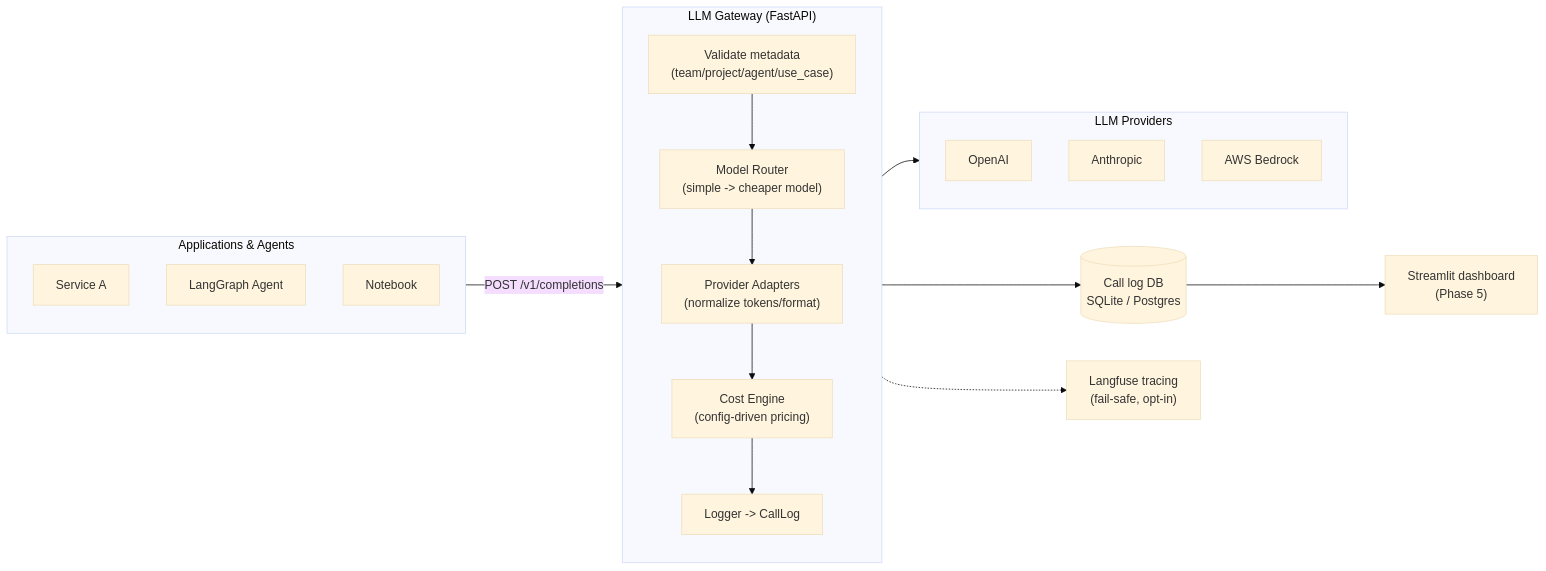
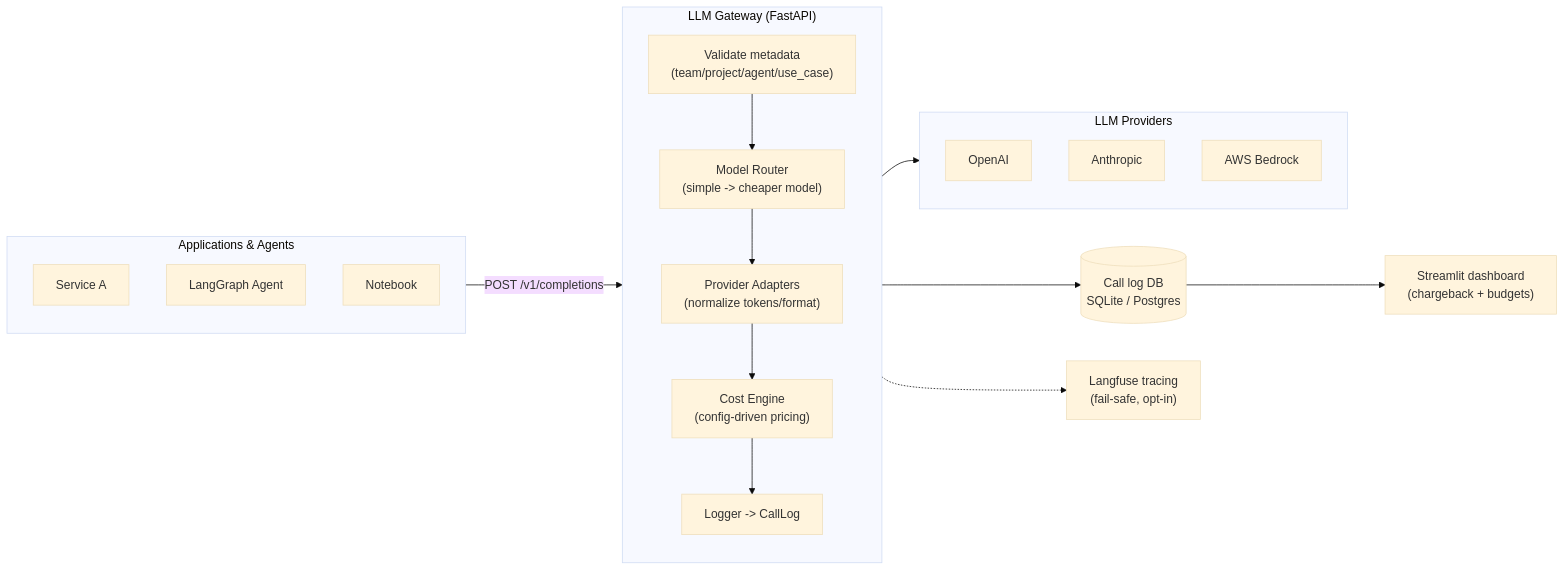
Before and after one commit to ravimishraggn/LLM-Cost-Governance-Attribution-Platform: the diagram in readme.md, drawn with Mermaid (base theme). The commit also changed other lines of this file and 11 other files, not shown here.

First line of the commit message:
Phase 5: Streamlit chargeback & reporting dashboard

````diff
--- a/readme.md
+++ b/readme.md
@@ -28,34 +28,34 @@
 ```mermaid
 flowchart LR
     subgraph Apps["Applications & Agents"]
         A1[Service A]
         A2[LangGraph Agent]
         A3[Notebook]
     end
 
     subgraph GW["LLM Gateway (FastAPI)"]
         direction TB
         V["Validate metadata\n(team/project/agent/use_case)"]
         R["Model Router\n(simple -> cheaper model)"]
         AD["Provider Adapters\n(normalize tokens/format)"]
         C["Cost Engine\n(config-driven pricing)"]
         L["Logger -> CallLog"]
         V --> R --> AD --> C --> L
     end
 
     subgraph Providers["LLM Providers"]
         P1[OpenAI]
         P2[Anthropic]
         P3[AWS Bedrock]
     end
 
     DB[("Call log DB\nSQLite / Postgres")]
     LF["Langfuse tracing\n(fail-safe, opt-in)"]
-    DASH["Streamlit dashboard\n(Phase 5)"]
+    DASH["Streamlit dashboard\n(chargeback + budgets)"]
 
     Apps -->|POST /v1/completions| GW
     AD --> Providers
     L --> DB
     L -.-> LF
     DB --> DASH
 ```
````
